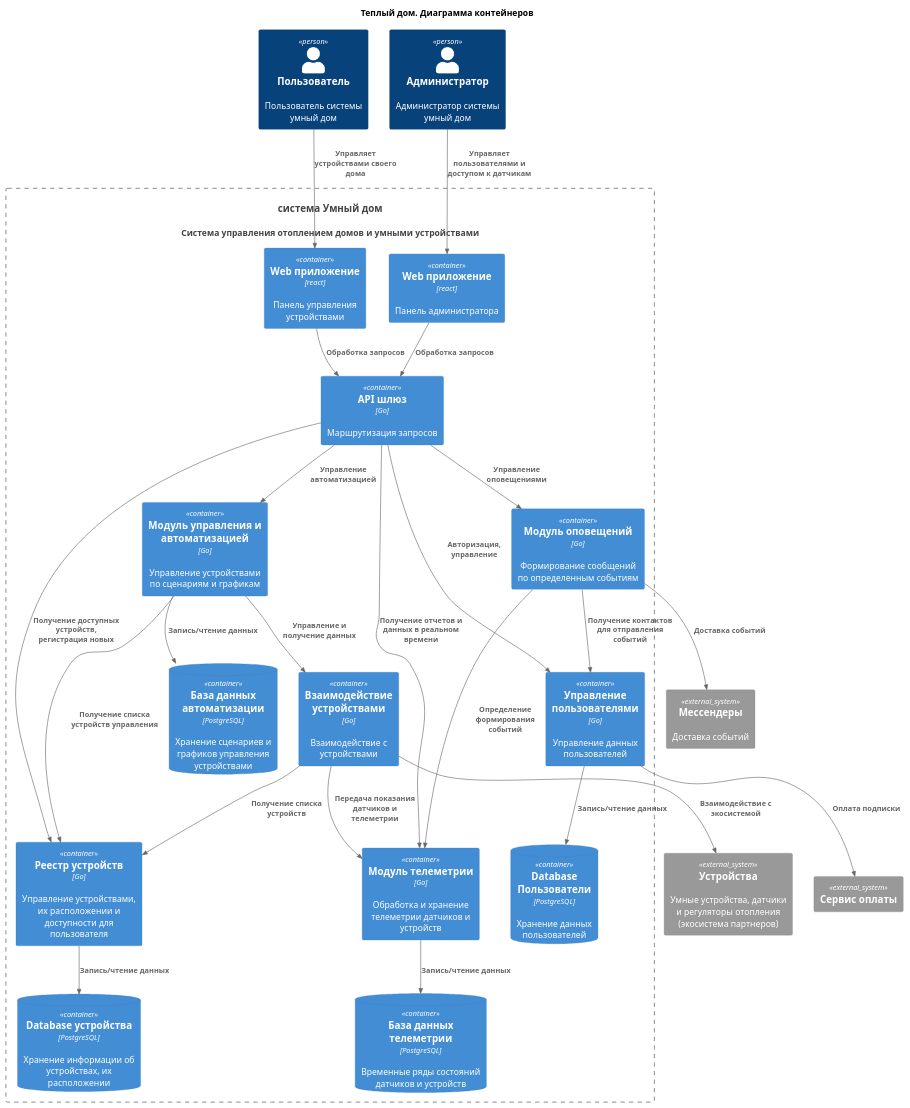
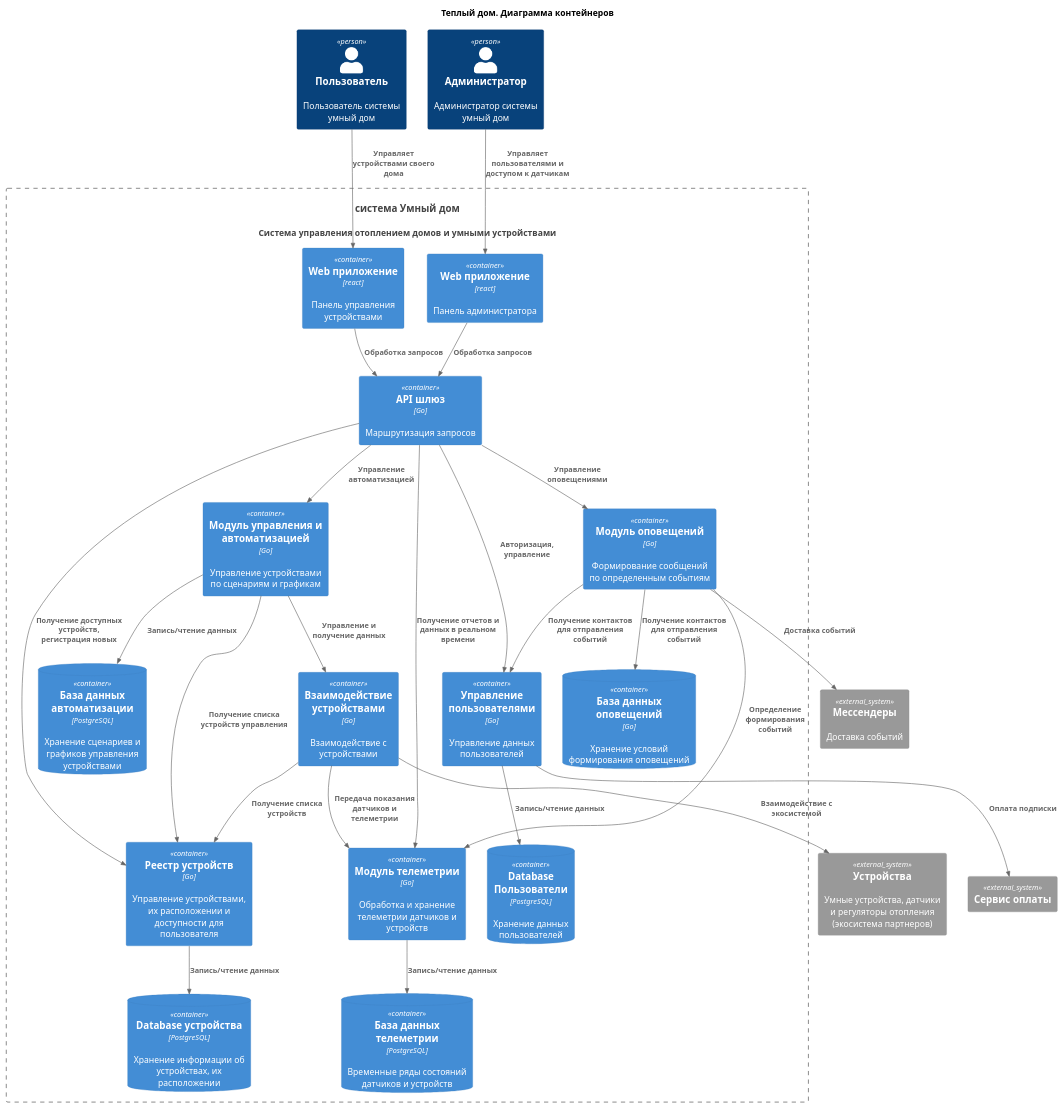
Before and after one commit to binaril/architecture-warmhouse: the diagram in diagrams/C4.Containers.puml, drawn with PlantUML.

```diff
--- a/diagrams/C4.Containers.puml
+++ b/diagrams/C4.Containers.puml
@@ -1,57 +1,57 @@
 @startuml
 title Теплый дом. Диаграмма контейнеров
 
 top to bottom direction
 
 !includeurl https://raw.githubusercontent.com/RicardoNiepel/C4-PlantUML/master/C4_Component.puml
 
 Person(user, "Пользователь", "Пользователь системы умный дом")
 Person(admin, "Администратор", "Администратор системы умный дом")
 System(SmartHouse, "система Умный дом", "Система управления отоплением домов и умными устройствами")
 
 Container_Boundary(SmartHouse, "FitLife System") {
   Container(WebApp, "Web приложение", "react", "Панель управления устройствами")
   Container(WebAppAdmin, "Web приложение", "react", "Панель администратора")
   Container(GateWay, "API шлюз", "Go", "Маршрутизация запросов")
   Container(UserAccess, "Управление пользователями", "Go", "Управление данных пользователей")
   ContainerDb(UserAccessDb, "Database Пользователи", "PostgreSQL", "Хранение данных пользователей")
   Container(DeviceRepository, "Реестр устройств", "Go", "Управление устройствами, их расположении и доступности для пользователя")
   ContainerDb(DeviceRepositoryDb, "Database устройства", "PostgreSQL", "Хранение информации об устройствах, их расположении")
   Container(Automatic, "Модуль управления и автоматизацией", "Go", "Управление устройствами по сценариям и графикам")
   ContainerDb(AutomaticDb, "База данных автоматизации", "PostgreSQL", "Хранение сценариев и графиков управления устройствами")
-  Container(DeviceControl, "Взаимодействие устройствами", "Go", "Взаимодействие с устройствами")
+  Container(Notification, "Модуль оповещений", "Go", "Формирование сообщений по определенным событиям")
+  ContainerDb(NotificationDb, "База данных оповещений", "Go", "Хранение условий формирования оповещений")
   Container(Telemetry, "Модуль телеметрии", "Go", "Обработка и хранение телеметрии датчиков и устройств")
-  Container(Notification, "Модуль оповещений", "Go", "Формирование сообщений по определенным событиям")
   ContainerDb(TelemetryDatabase, "База данных телеметрии", "PostgreSQL", "Временные ряды состояний датчиков и устройств")
+  Container(DeviceControl, "Взаимодействие устройствами", "Go", "Взаимодействие с устройствами")    
 }
 
 System_Ext(PaidService, "Сервис оплаты", "")
 System_Ext(SmartDevice, "Устройства", "Умные устройства, датчики и регуляторы отопления (экосистема партнеров)")
 System_Ext(Messengers, "Мессендеры", "Доставка событий")
 
-
 Rel(user, WebApp, "Управляет устройствами своего дома")
 Rel(admin, WebAppAdmin,"Управляет пользователями и доступом к датчикам")
-
 Rel(WebApp, GateWay, "Обработка запросов")
 Rel(WebAppAdmin, GateWay, "Обработка запросов")
-
 Rel(GateWay, UserAccess, "Авторизация, управление")
-Rel(UserAccess, UserAccessDb, "Запись/чтение данных")
 Rel(GateWay, Telemetry, "Получение отчетов и данных в реальном времени")
 Rel(GateWay, Automatic, "Управление автоматизацией")
 Rel(GateWay, Notification, "Управление оповещениями")
+Rel(GateWay, DeviceRepository, "Получение доступных устройств, регистрация новых")
+Rel(UserAccess, UserAccessDb, "Запись/чтение данных")
+Rel(UserAccess, PaidService, "Оплата подписки")
+Rel(Telemetry,TelemetryDatabase,"Запись/чтение данных")
 Rel(Automatic, AutomaticDb, "Запись/чтение данных")
-Rel(GateWay, DeviceRepository, "Получение доступных устройств, регистрация новых")
 Rel(Automatic, DeviceRepository, "Получение списка устройств управления")
-Rel(DeviceControl, DeviceRepository, "Получение списка устройств")
-Rel(DeviceRepository, DeviceRepositoryDb, "Запись/чтение данных")
 Rel(Automatic, DeviceControl, "Управление и получение данных")
-Rel(Telemetry,TelemetryDatabase,"Запись/чтение данных")
-Rel(DeviceControl, Telemetry, "Передача показания датчиков и телеметрии")
 Rel(Notification, Telemetry, "Определение формирования событий")
 Rel(Notification, Messengers, "Доставка событий")
 Rel(Notification, UserAccess, "Получение контактов для отправления событий")
+Rel(Notification, NotificationDb, "Получение контактов для отправления событий")
+Rel(DeviceControl, DeviceRepository, "Получение списка устройств")
+Rel(DeviceControl, Telemetry, "Передача показания датчиков и телеметрии")
 Rel(DeviceControl,SmartDevice,"Взаимодействие с экосистемой")
-Rel(UserAccess, PaidService, "Оплата подписки")
+Rel(DeviceRepository, DeviceRepositoryDb, "Запись/чтение данных")
+
 @enduml
```
